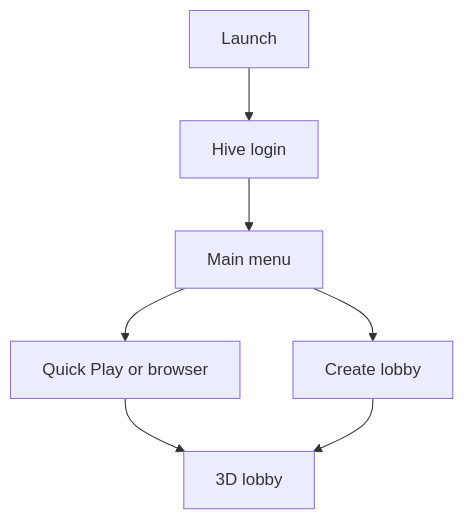
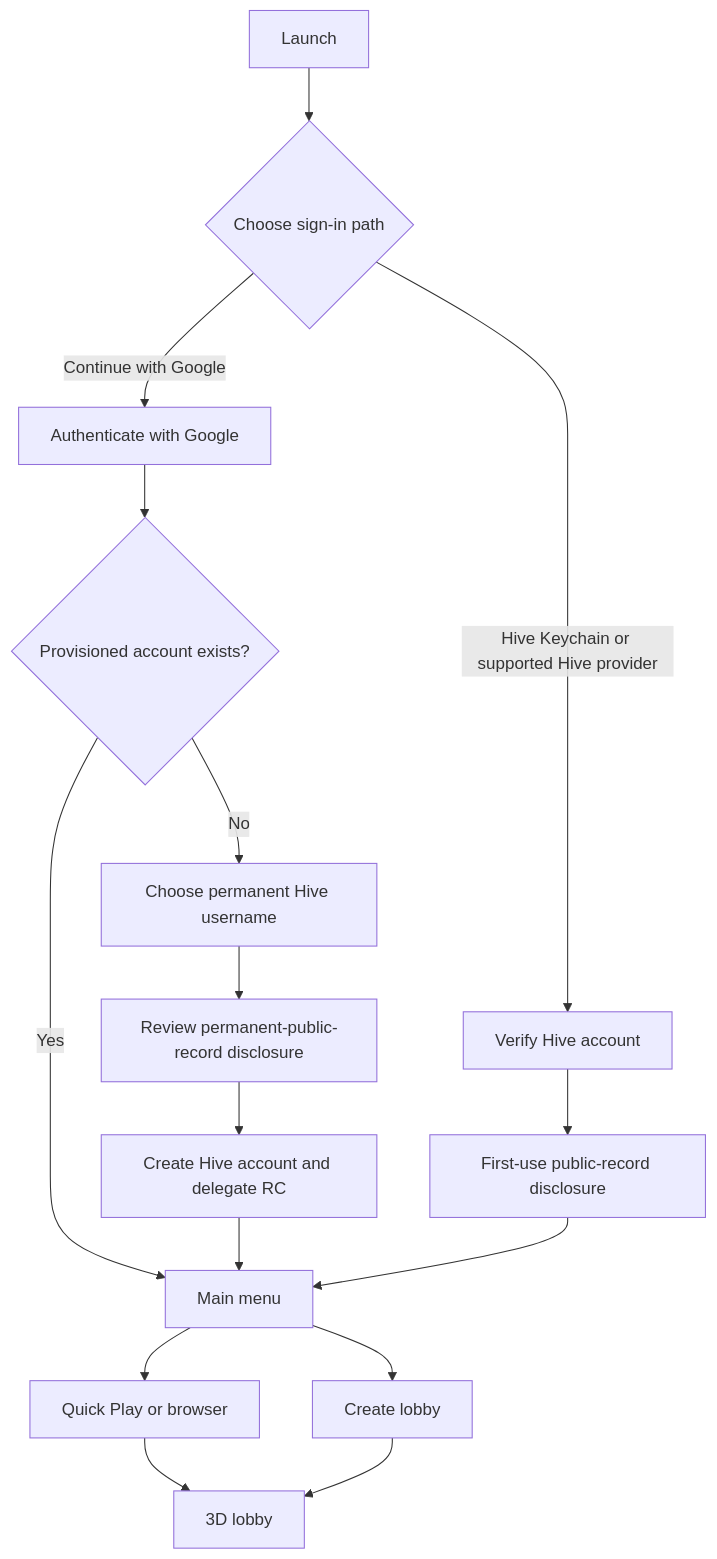
The second of 4 diagrams in docs/product-specification/Hive-Chameleon-Product-Spec-and-Design-Plan.md (hdev-core/hive-chameleon), drawn with Mermaid before and after one commit. The commit also changed other lines of this file and 1 other file, not shown here.

Commit message:
docs: Update Spec & Hive Layer Design

````diff
--- a/docs/product-specification/Hive-Chameleon-Product-Spec-and-Design-Plan.md
+++ b/docs/product-specification/Hive-Chameleon-Product-Spec-and-Design-Plan.md
@@ -720,9 +764,18 @@
 ```mermaid
 flowchart TD
-    A["Launch"] --> B["Hive login"]
-    B --> C["Main menu"]
-    C --> D["Quick Play or browser"]
-    C --> E["Create lobby"]
-    D --> F["3D lobby"]
-    E --> F
+    A["Launch"] --> B{"Choose sign-in path"}
+    B -->|Hive Keychain or supported Hive provider| C["Verify Hive account"]
+    B -->|Continue with Google| D["Authenticate with Google"]
+    D --> E{"Provisioned account exists?"}
+    E -->|No| F["Choose permanent Hive username"]
+    F --> R["Review permanent-public-record disclosure"]
+    R --> G["Create Hive account and delegate RC"]
+    E -->|Yes| H["Main menu"]
+    G --> H
+    C --> L["First-use public-record disclosure"]
+    L --> H
+    H --> I["Quick Play or browser"]
+    H --> J["Create lobby"]
+    I --> K["3D lobby"]
+    J --> K
 ```
````
